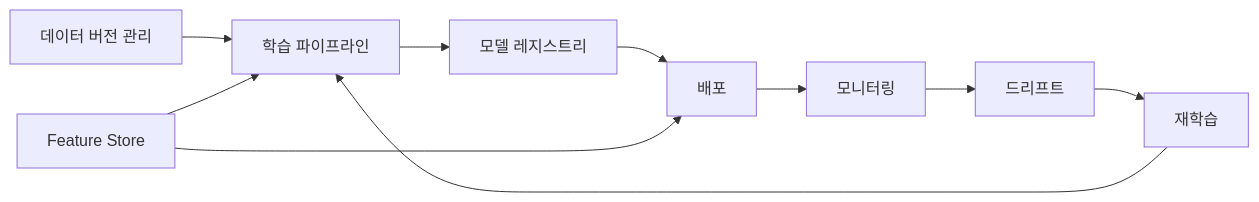
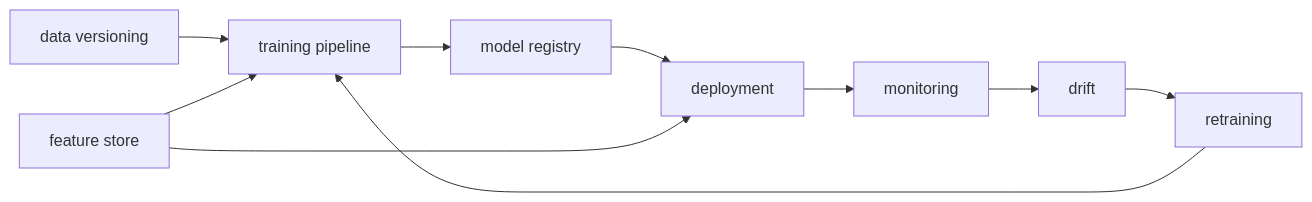
Before and after one commit to yeongseon-books/book-content: the diagram in content/mlops-101/ko/10-production-ml-system.md, drawn with Mermaid. The commit also changed other lines of this file and 9 other files, not shown here.

````diff
--- a/content/mlops-101/ko/10-production-ml-system.md
+++ b/content/mlops-101/ko/10-production-ml-system.md
@@ -51,12 +57,12 @@
 ```mermaid
 flowchart LR
-    Data["데이터 버전 관리"] --> Pipe["학습 파이프라인"]
-    Pipe --> Reg["모델 레지스트리"]
-    Reg --> Deploy["배포"]
-    Deploy --> Mon["모니터링"]
-    Mon --> Drift["드리프트"]
-    Drift --> Retrain["재학습"]
+    Data["data versioning"] --> Pipe["training pipeline"]
+    Pipe --> Reg["model registry"]
+    Reg --> Deploy["deployment"]
+    Deploy --> Mon["monitoring"]
+    Mon --> Drift["drift"]
+    Drift --> Retrain["retraining"]
     Retrain --> Pipe
-    Feat["Feature Store"] --> Pipe
+    Feat["feature store"] --> Pipe
     Feat --> Deploy
 ```
````
